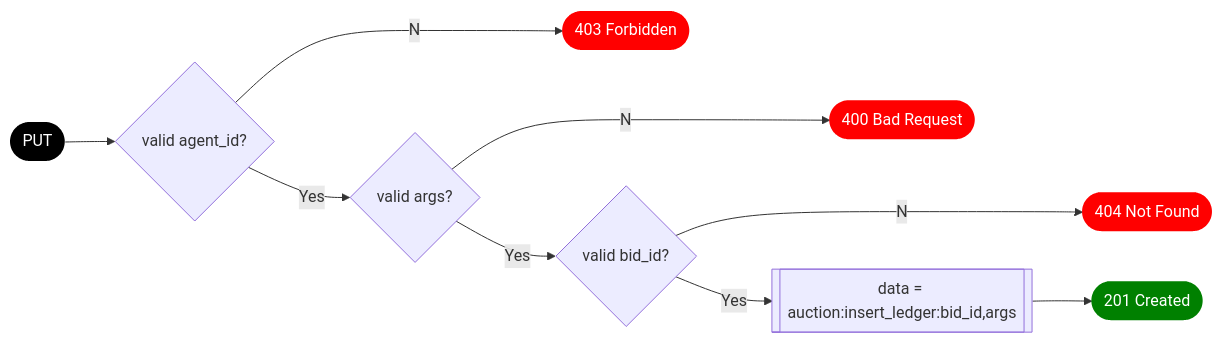
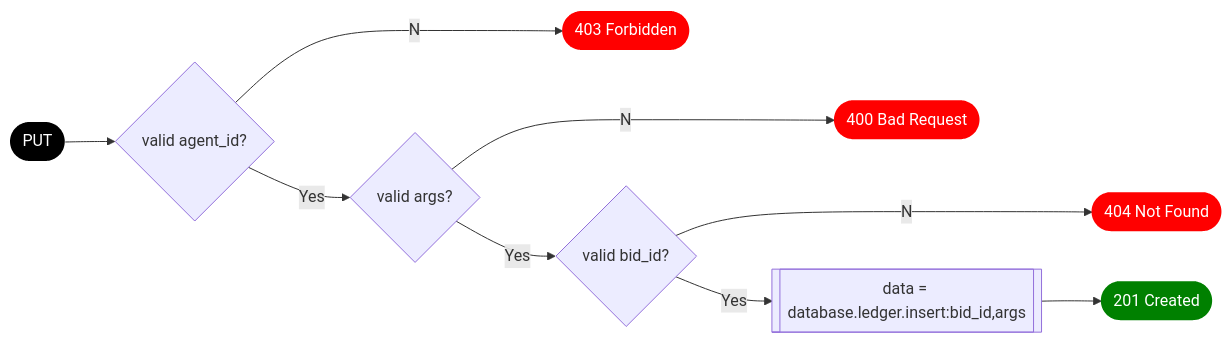
Before and after one commit to aivanova5/design: the seventh of 7 diagrams in docs/auction.md, drawn with Mermaid. The commit also changed other lines of this file, not shown here.

````diff
--- a/docs/auction.md
+++ b/docs/auction.md
@@ -437,15 +439,15 @@
 ```mermaid
 graph LR
   classDef start stroke-width:0px,fill:black,color:white
   classDef success fill:green,stroke-width:0px,color:white
   classDef error fill:red,stroke-width:0px,color:white
   
   enter([PUT]):::start --> agent_ok{valid agent_id?}
   agent_ok --No--> code403([403 Forbidden]):::error
   agent_ok --Yes--> valid{valid args?}
   valid --No--> code400([400 Bad Request]):::error
   valid --Yes--> bid_ok{valid bid_id?}
   bid_ok --No--> code404([404 Not Found]):::error
-  bid_ok --Yes--> get_data[[data = auction:insert_ledger:bid_id,args]]
+  bid_ok --Yes--> get_data[[data = database.ledger.insert:bid_id,args]]
   get_data --> code201([201 Created]):::success
 ```
````
